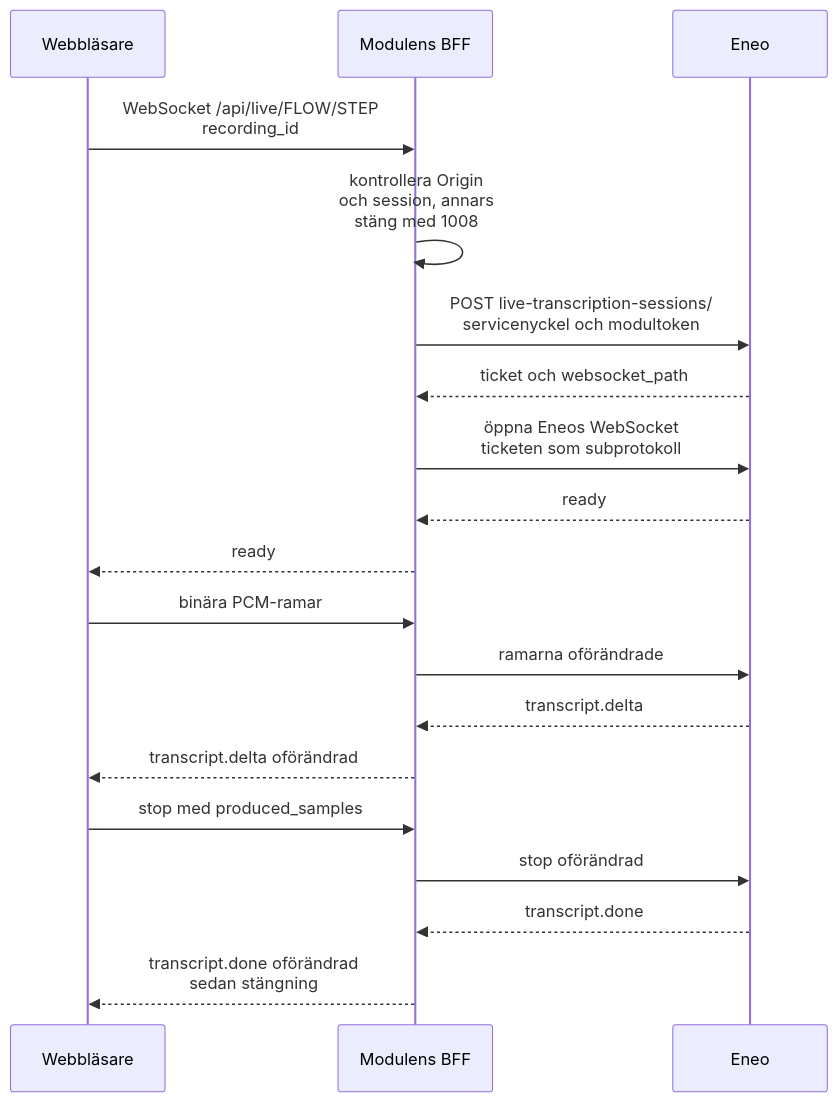
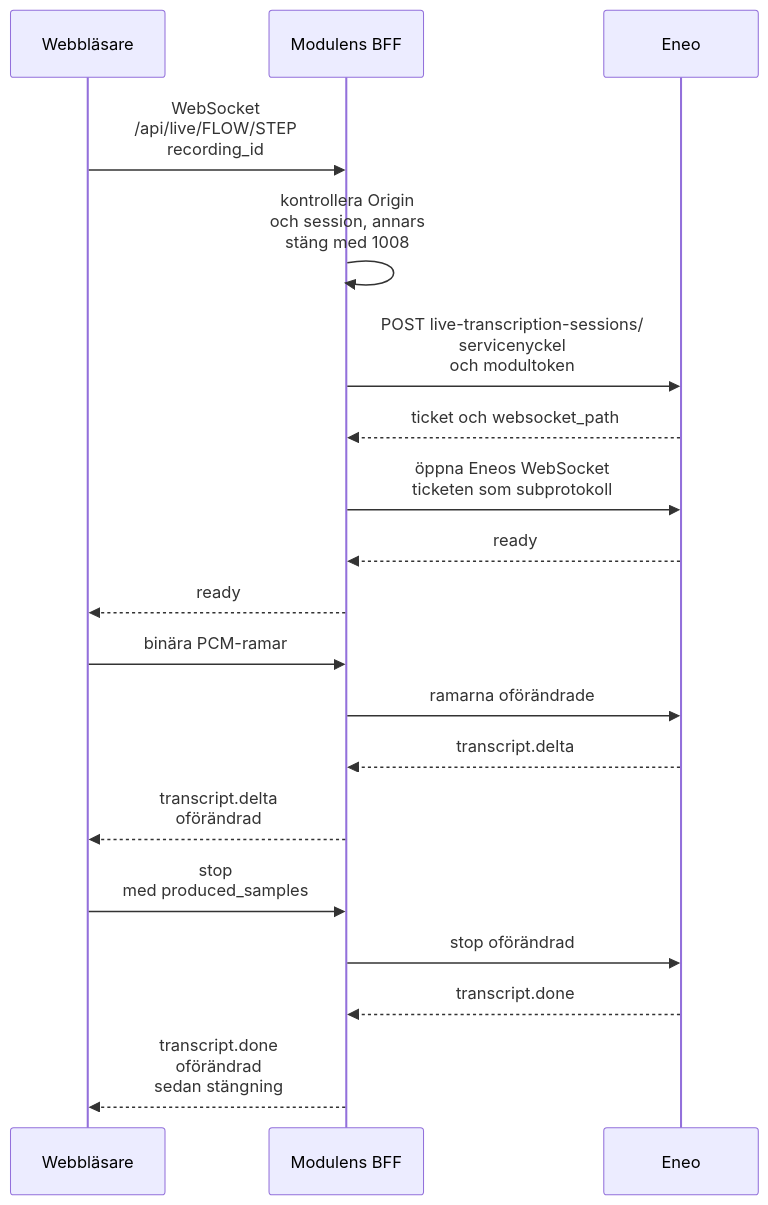
The diagram in docs/eneo-integration.md (eneo-ai/eneo-mod-speech-to-text), drawn with Mermaid before and after one commit. The commit also changed 1 other file, not shown here.

Commit message:
fix(docs): wrap live-sequence labels within the reading column

````diff
--- a/docs/eneo-integration.md
+++ b/docs/eneo-integration.md
@@ -48,23 +48,23 @@
 ```mermaid
 sequenceDiagram
     accTitle: Live-text
     accDescr: Webbläsaren öppnar en WebSocket till modulens backend, som hämtar en ticket hos Eneo och öppnar Eneos WebSocket. Ljudramar går åt ena hållet och texthändelser åt det andra, oförändrade, tills webbläsaren skickar stop.
     participant B as Webbläsare
     participant M as Modulens BFF
     participant E as Eneo
-    B->>M: WebSocket /api/live/FLOW/STEP<br/>recording_id
+    B->>M: WebSocket<br/>/api/live/FLOW/STEP<br/>recording_id
     M->>M: kontrollera Origin<br/>och session, annars<br/>stäng med 1008
-    M->>E: POST live-transcription-sessions/<br/>servicenyckel och modultoken
+    M->>E: POST live-transcription-sessions/<br/>servicenyckel<br/>och modultoken
     E-->>M: ticket och websocket_path
     M->>E: öppna Eneos WebSocket<br/>ticketen som subprotokoll
     E-->>M: ready
     M-->>B: ready
     B->>M: binära PCM-ramar
     M->>E: ramarna oförändrade
     E-->>M: transcript.delta
-    M-->>B: transcript.delta oförändrad
-    B->>M: stop med produced_samples
+    M-->>B: transcript.delta<br/>oförändrad
+    B->>M: stop<br/>med produced_samples
     M->>E: stop oförändrad
     E-->>M: transcript.done
-    M-->>B: transcript.done oförändrad<br/>sedan stängning
+    M-->>B: transcript.done<br/>oförändrad<br/>sedan stängning
 ```
````
